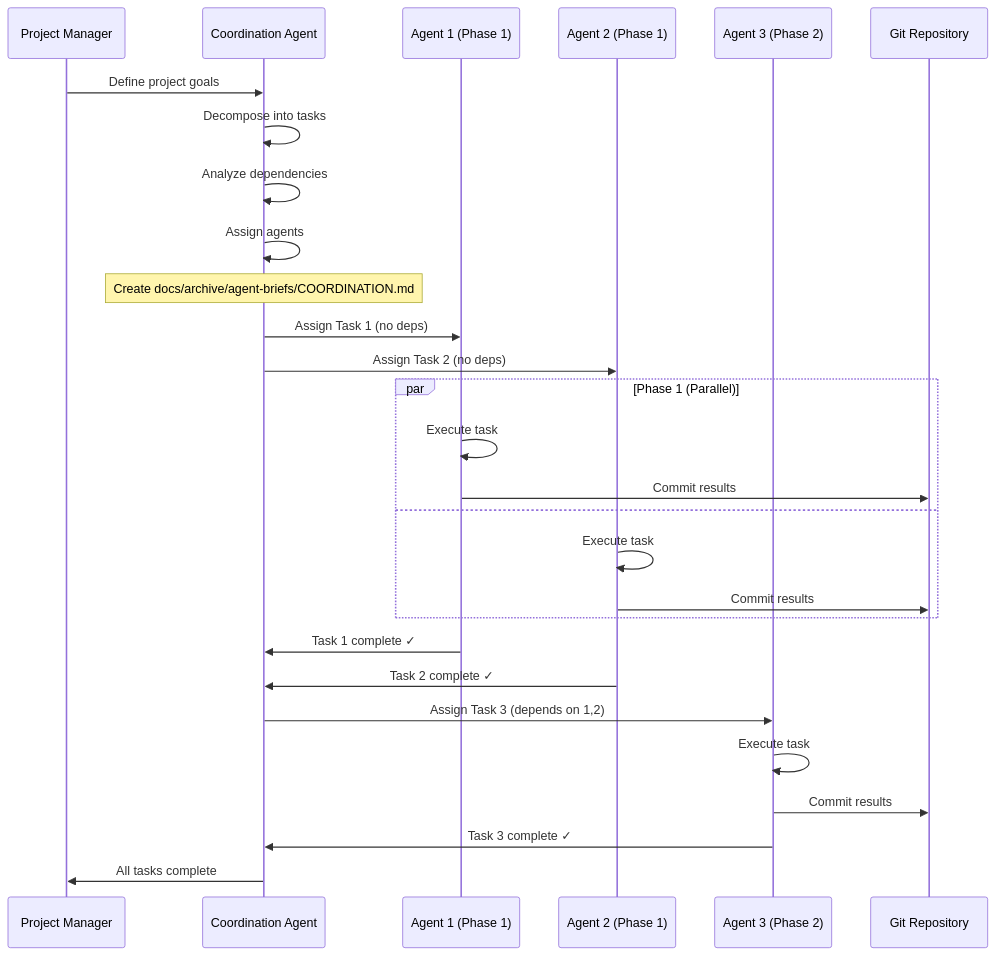
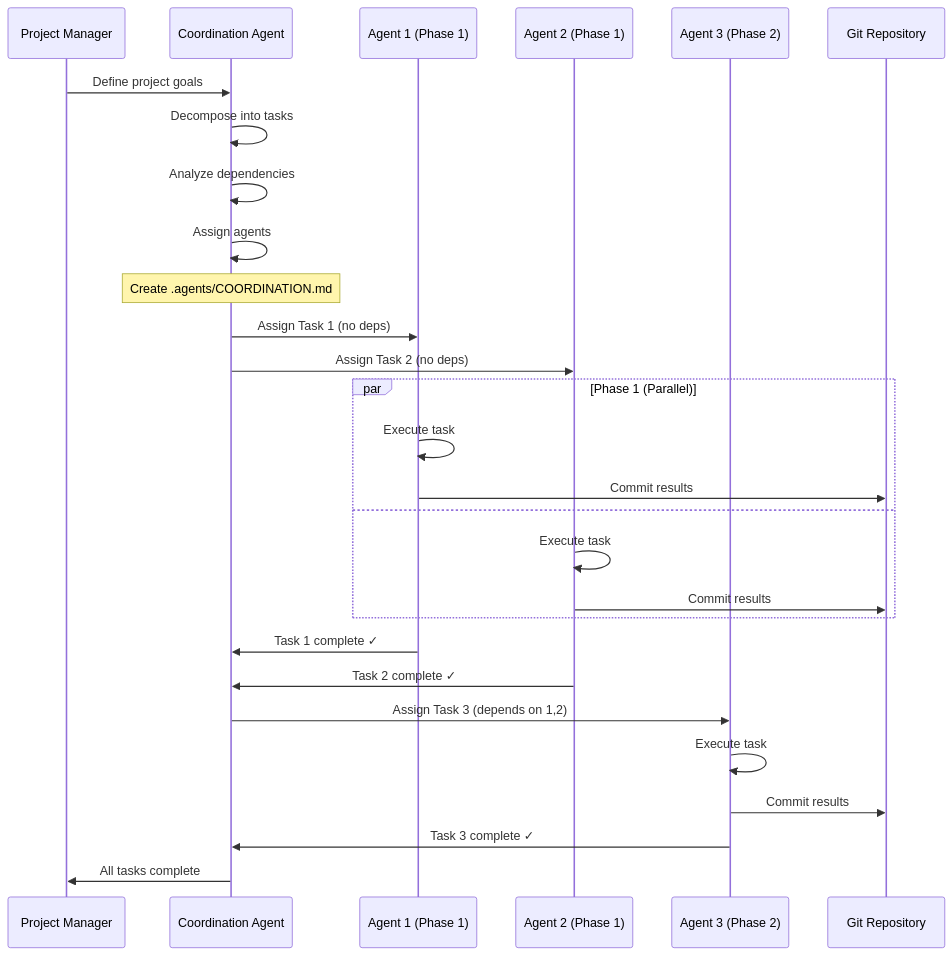
Before and after one commit to ryanmaclean/vibecode-webgui: the third of 12 diagrams in docs/architecture/AGENT_ORCHESTRATION.md, drawn with Mermaid. The commit also changed other lines of this file and 2 other files, not shown here.

First line of the commit message:
docs: mark the .agents/ framework historical instead of pointing it at the archive (WS10 2)

````diff
--- a/docs/architecture/AGENT_ORCHESTRATION.md
+++ b/docs/architecture/AGENT_ORCHESTRATION.md
@@ -163,36 +165,36 @@
 ```mermaid
 sequenceDiagram
     participant PM as Project Manager
     participant COORD as Coordination Agent
     participant A1 as Agent 1 (Phase 1)
     participant A2 as Agent 2 (Phase 1)
     participant A3 as Agent 3 (Phase 2)
     participant GIT as Git Repository
 
     PM->>COORD: Define project goals
     COORD->>COORD: Decompose into tasks
     COORD->>COORD: Analyze dependencies
     COORD->>COORD: Assign agents
 
-    Note over COORD: Create docs/archive/agent-briefs/COORDINATION.md
+    Note over COORD: Create .agents/COORDINATION.md
     COORD->>A1: Assign Task 1 (no deps)
     COORD->>A2: Assign Task 2 (no deps)
 
     par Phase 1 (Parallel)
         A1->>A1: Execute task
         A1->>GIT: Commit results
         and
         A2->>A2: Execute task
         A2->>GIT: Commit results
     end
 
     A1->>COORD: Task 1 complete ✓
     A2->>COORD: Task 2 complete ✓
 
     COORD->>A3: Assign Task 3 (depends on 1,2)
     A3->>A3: Execute task
     A3->>GIT: Commit results
     A3->>COORD: Task 3 complete ✓
 
     COORD->>PM: All tasks complete
 ```
````
